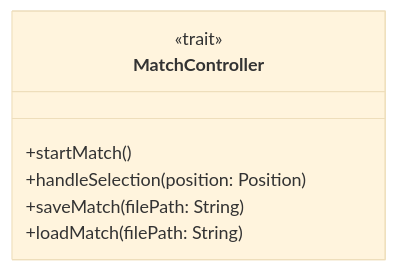
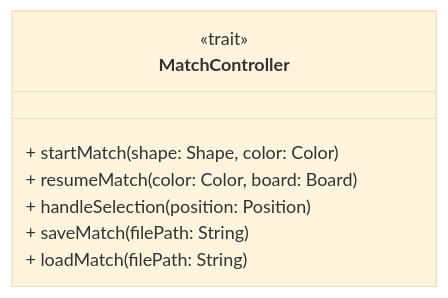
The tenth of 11 diagrams in docs/report/5-detailed-design.md (Borgotto/PPS-25-scalatello), drawn with Mermaid (base theme) before and after one commit. The commit also changed other lines of this file and 1 other file, not shown here.

Commit message:
Refactor: MatchController design
- add function parameters to startMatch
- add resumeMatchFunction

````diff
--- a/docs/report/5-detailed-design.md
+++ b/docs/report/5-detailed-design.md
@@ -244,10 +244,11 @@
 ```mermaid
 classDiagram
   class MatchController {
     <<trait>>
-    +startMatch()
-    +handleSelection(position: Position)
-    +saveMatch(filePath: String)
-    +loadMatch(filePath: String)
+    + startMatch(shape: Shape, color: Color)
+    + resumeMatch(color: Color, board: Board)
+    + handleSelection(position: Position)
+    + saveMatch(filePath: String)
+    + loadMatch(filePath: String)
   }
 ```
````
